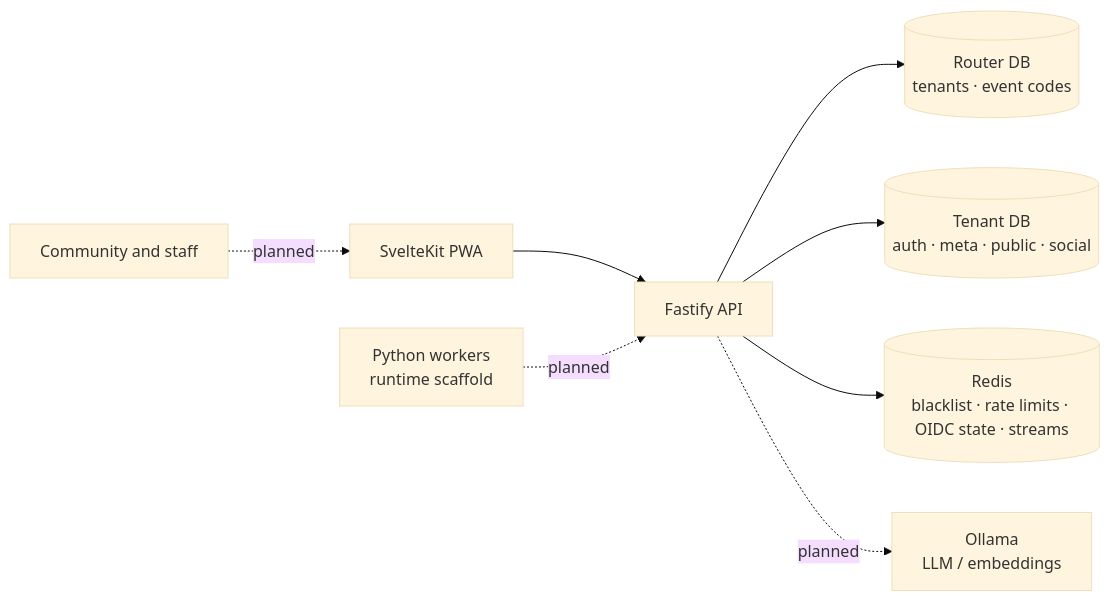
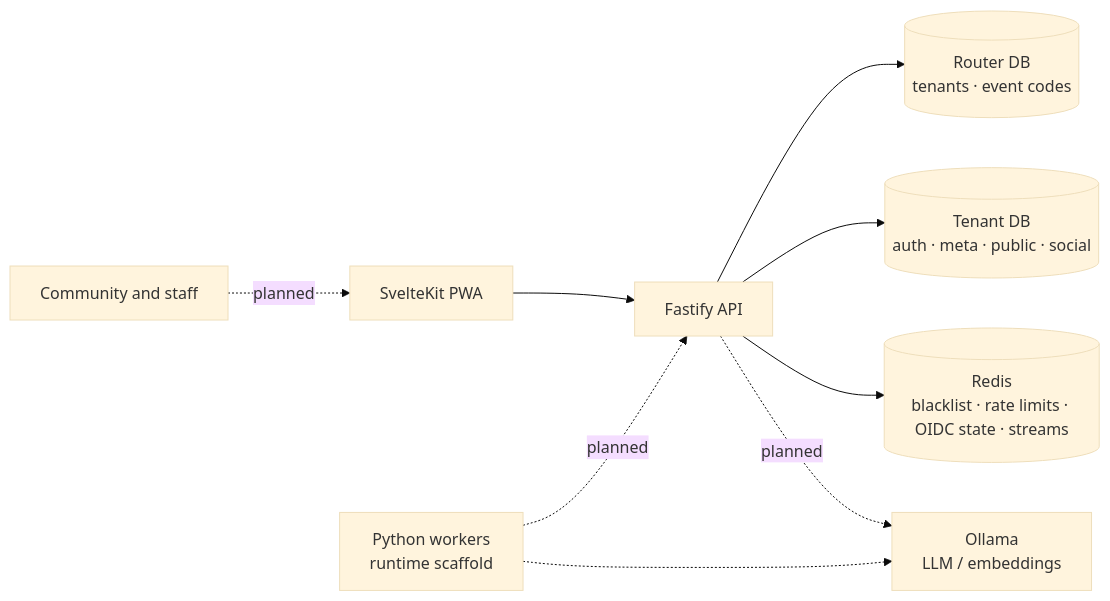
The diagram in docs/architecture.md (Juanc0/vozlab), drawn with Mermaid (base theme) before and after one commit. The commit also changed other lines of this file and 22 other files, not shown here.

````diff
--- a/docs/architecture.md
+++ b/docs/architecture.md
@@ -7,10 +7,11 @@
 ```mermaid
 flowchart LR
   U["Community and staff"] -. planned .-> PWA["SvelteKit PWA"]
   PWA --> API["Fastify API"]
   W["Python workers<br/>runtime scaffold"] -. planned .-> API
   API --> R[("Router DB<br/>tenants · event codes")]
   API --> T[("Tenant DB<br/>auth · meta · public · social")]
   API --> REDIS[("Redis<br/>blacklist · rate limits · OIDC state · streams")]
   API -. planned .-> OLLAMA["Ollama<br/>LLM / embeddings"]
+  W -.-> OLLAMA
 ```
````
